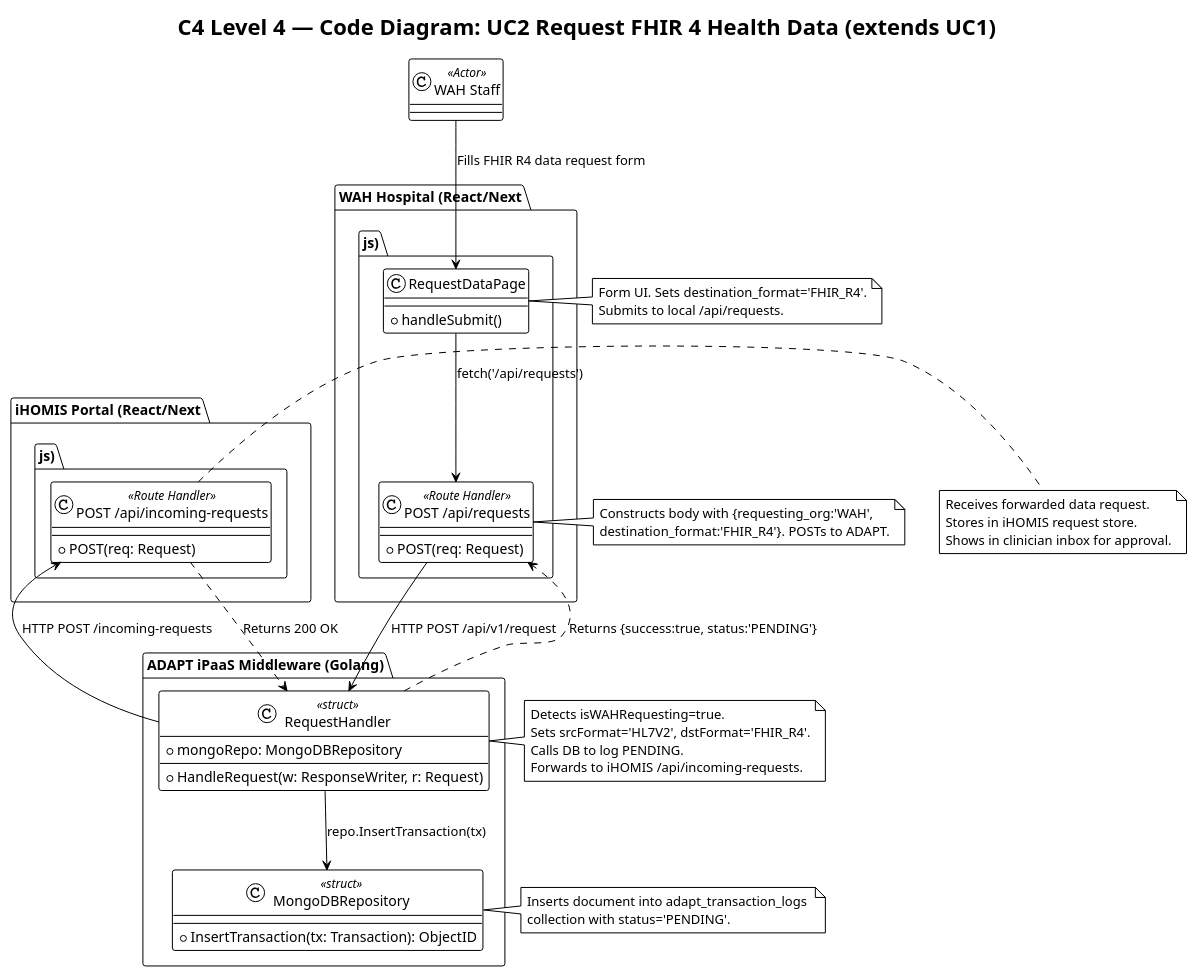
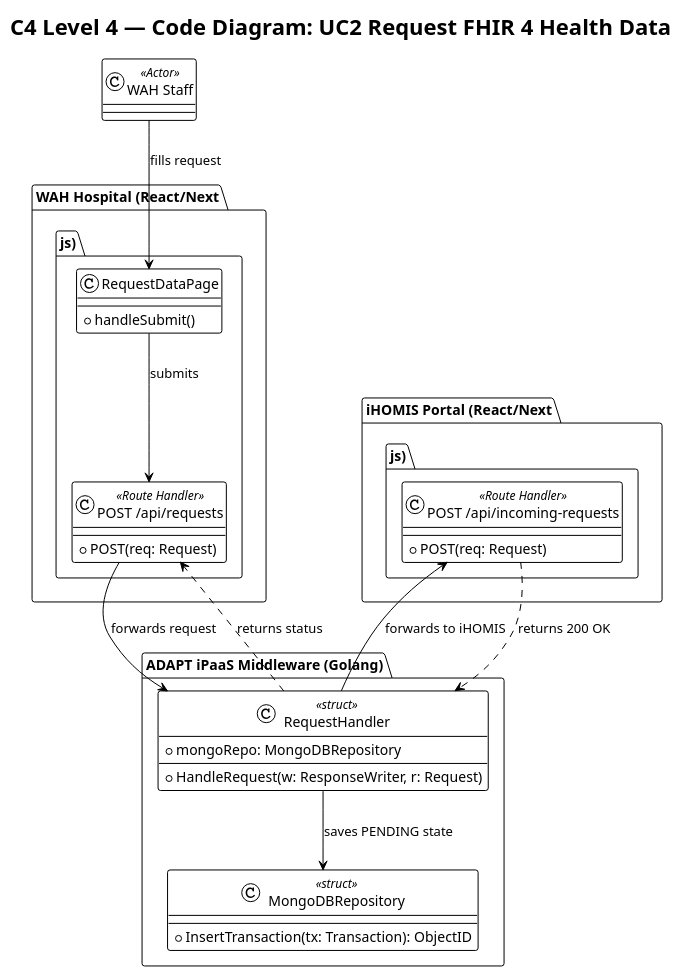
One commit to Vince0028/WAH4PCE-MERGE-CONFLICT changed the diagram in diagrams/c4_diagram/code_diagram/uc2_request_fhir4_health_data.puml. Above: the diagram before and after it, drawn with PlantUML. The commit also changed 10 other files, not shown here.

```diff
--- a/diagrams/c4_diagram/code_diagram/uc2_request_fhir4_health_data.puml
+++ b/diagrams/c4_diagram/code_diagram/uc2_request_fhir4_health_data.puml
@@ -1,68 +1,40 @@
 @startuml UC2_Request_FHIR4_Health_Data
 !theme plain
-title C4 Level 4 — Code Diagram: UC2 Request FHIR 4 Health Data (extends UC1)
+title C4 Level 4 — Code Diagram: UC2 Request FHIR 4 Health Data
 
 package "WAH Hospital (React/Next.js)" {
     class RequestDataPage {
         + handleSubmit()
     }
     class "POST /api/requests" as WAHRequestAPI <<Route Handler>> {
         + POST(req: Request)
     }
 }
 
 package "ADAPT iPaaS Middleware (Golang)" {
     class RequestHandler <<struct>> {
         + mongoRepo: MongoDBRepository
         + HandleRequest(w: ResponseWriter, r: Request)
     }
     class MongoDBRepository <<struct>> {
         + InsertTransaction(tx: Transaction): ObjectID
     }
 }
 
 package "iHOMIS Portal (React/Next.js)" {
     class "POST /api/incoming-requests" as iHOMISIncomingAPI <<Route Handler>> {
         + POST(req: Request)
     }
 }
 
 class "WAH Staff" as WAHStaff <<Actor>>
 
-WAHStaff --> RequestDataPage : Fills FHIR R4 data request form
-RequestDataPage --> WAHRequestAPI : fetch('/api/requests')
-WAHRequestAPI --> RequestHandler : HTTP POST /api/v1/request
-RequestHandler --> MongoDBRepository : repo.InsertTransaction(tx)
-RequestHandler --> iHOMISIncomingAPI : HTTP POST /incoming-requests
-iHOMISIncomingAPI ..> RequestHandler : Returns 200 OK
-RequestHandler ..> WAHRequestAPI : Returns {success:true, status:'PENDING'}
-
-note right of RequestDataPage
-  Form UI. Sets destination_format='FHIR_R4'.
-  Submits to local /api/requests.
-end note
-
-note right of WAHRequestAPI
-  Constructs body with {requesting_org:'WAH', 
-  destination_format:'FHIR_R4'}. POSTs to ADAPT.
-end note
-
-note right of RequestHandler
-  Detects isWAHRequesting=true. 
-  Sets srcFormat='HL7V2', dstFormat='FHIR_R4'.
-  Calls DB to log PENDING.
-  Forwards to iHOMIS /api/incoming-requests.
-end note
-
-note right of MongoDBRepository
-  Inserts document into adapt_transaction_logs 
-  collection with status='PENDING'.
-end note
-
-note right of iHOMISIncomingAPI
-  Receives forwarded data request.
-  Stores in iHOMIS request store.
-  Shows in clinician inbox for approval.
-end note
+WAHStaff --> RequestDataPage : fills request
+RequestDataPage --> WAHRequestAPI : submits
+WAHRequestAPI --> RequestHandler : forwards request
+RequestHandler --> MongoDBRepository : saves PENDING state
+RequestHandler --> iHOMISIncomingAPI : forwards to iHOMIS
+iHOMISIncomingAPI ..> RequestHandler : returns 200 OK
+RequestHandler ..> WAHRequestAPI : returns status
 
 @enduml
```
